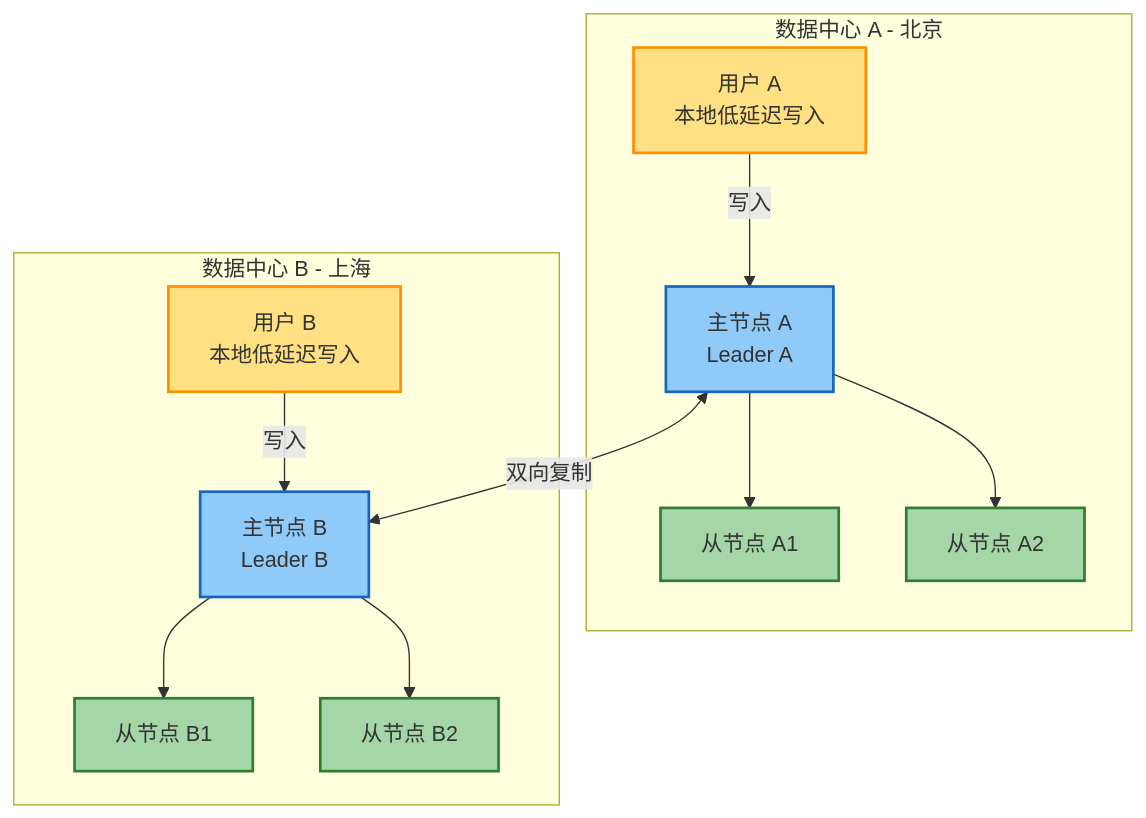
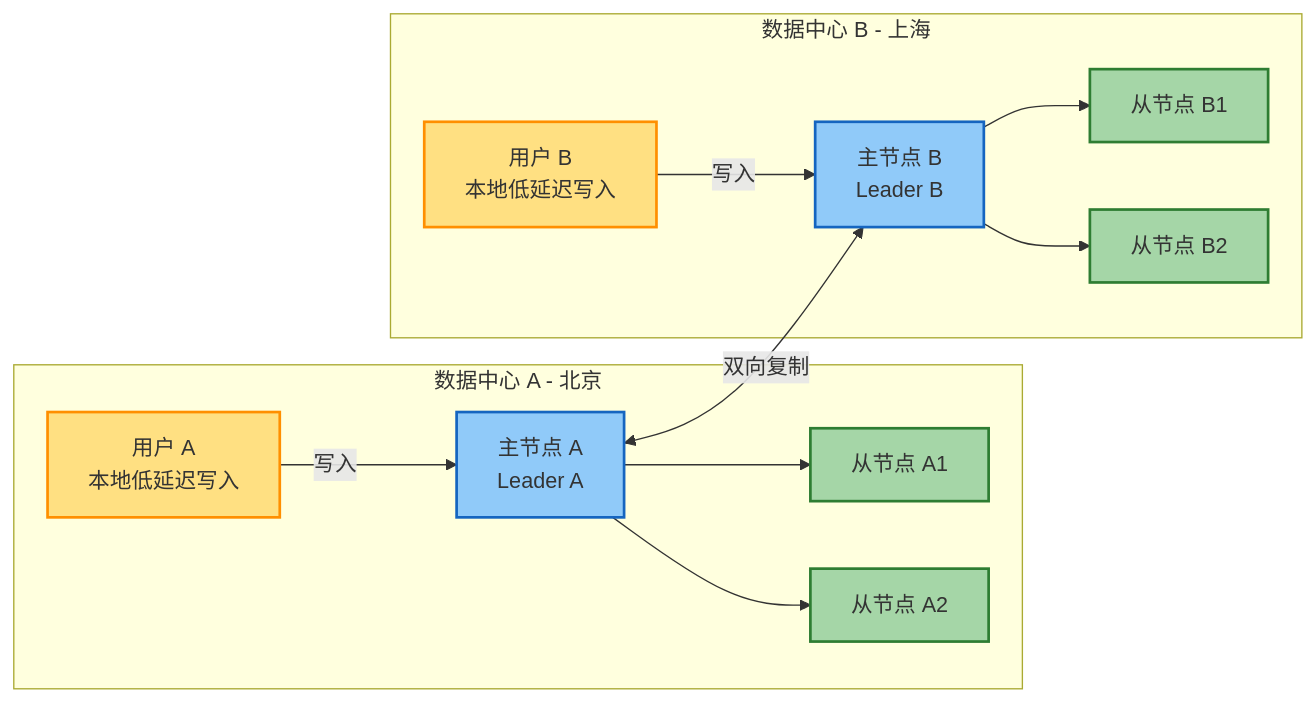
The third of 3 diagrams in docs/notes/ddia/part2-distributed/chapter-06.md (HenryThomas9587/henry.github.io), drawn with Mermaid before and after one commit. The commit also changed other lines of this file and 9 other files, not shown here.

First line of the commit message:
docs(ddia): 优化章节结构和图例布局

````diff
--- a/docs/notes/ddia/part2-distributed/chapter-06.md
+++ b/docs/notes/ddia/part2-distributed/chapter-06.md
@@ -141,35 +221,35 @@
 ```mermaid
-graph TB
+graph LR
     subgraph DC_A[数据中心 A - 北京]
+        UserA[用户 A<br/>本地低延迟写入]
         LeaderA[主节点 A<br/>Leader A]
         FollowerA1[从节点 A1]
         FollowerA2[从节点 A2]
-        UserA[用户 A<br/>本地低延迟写入]
 
         UserA -->|写入| LeaderA
         LeaderA --> FollowerA1
         LeaderA --> FollowerA2
     end
 
     subgraph DC_B[数据中心 B - 上海]
+        UserB[用户 B<br/>本地低延迟写入]
         LeaderB[主节点 B<br/>Leader B]
         FollowerB1[从节点 B1]
         FollowerB2[从节点 B2]
-        UserB[用户 B<br/>本地低延迟写入]
 
         UserB -->|写入| LeaderB
         LeaderB --> FollowerB1
         LeaderB --> FollowerB2
     end
 
     LeaderA <-->|双向复制| LeaderB
 
     classDef leaderStyle fill:#90CAF9,stroke:#1565C0,stroke-width:2px
     classDef followerStyle fill:#A5D6A7,stroke:#2E7D32,stroke-width:2px
     classDef userStyle fill:#FFE082,stroke:#FF8F00,stroke-width:2px
     classDef dcStyle fill:#F5F5F5,stroke:#757575,stroke-width:2px
 
     class LeaderA,LeaderB leaderStyle
     class FollowerA1,FollowerA2,FollowerB1,FollowerB2 followerStyle
     class UserA,UserB userStyle
 ```
````
